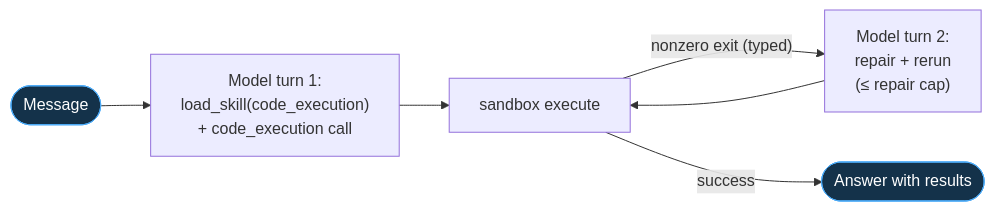
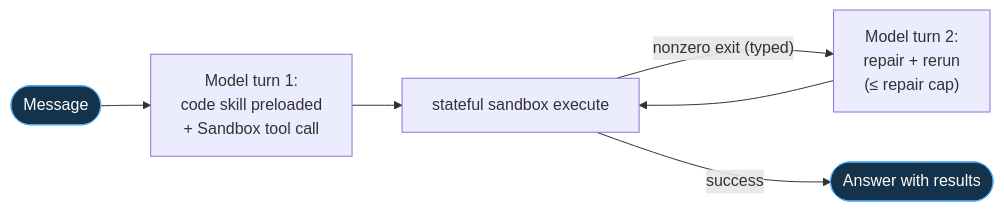
One commit to hellonish/singularity changed the fourth of 7 diagrams in README.md. Above: the diagram before and after it, drawn with Mermaid. The commit also changed other lines of this file and 95 other files, not shown here.

````diff
--- a/README.md
+++ b/README.md
@@ -554,8 +576,8 @@
 ```mermaid
 flowchart LR
-    U([Message]) --> M1["Model turn 1:<br/>load_skill(code_execution)<br/>+ code_execution call"] --> E["sandbox execute"]
+    U([Message]) --> M1["Model turn 1:<br/>code skill preloaded<br/>+ Sandbox tool call"] --> E["stateful sandbox execute"]
     E -->|"nonzero exit (typed)"| M2["Model turn 2:<br/>repair + rerun<br/>(≤ repair cap)"] --> E
     E -->|success| A([Answer with results])
     classDef terminal fill:#14324a,stroke:#4dabf7,color:#fff;
     class U,A terminal;
 ```
````
